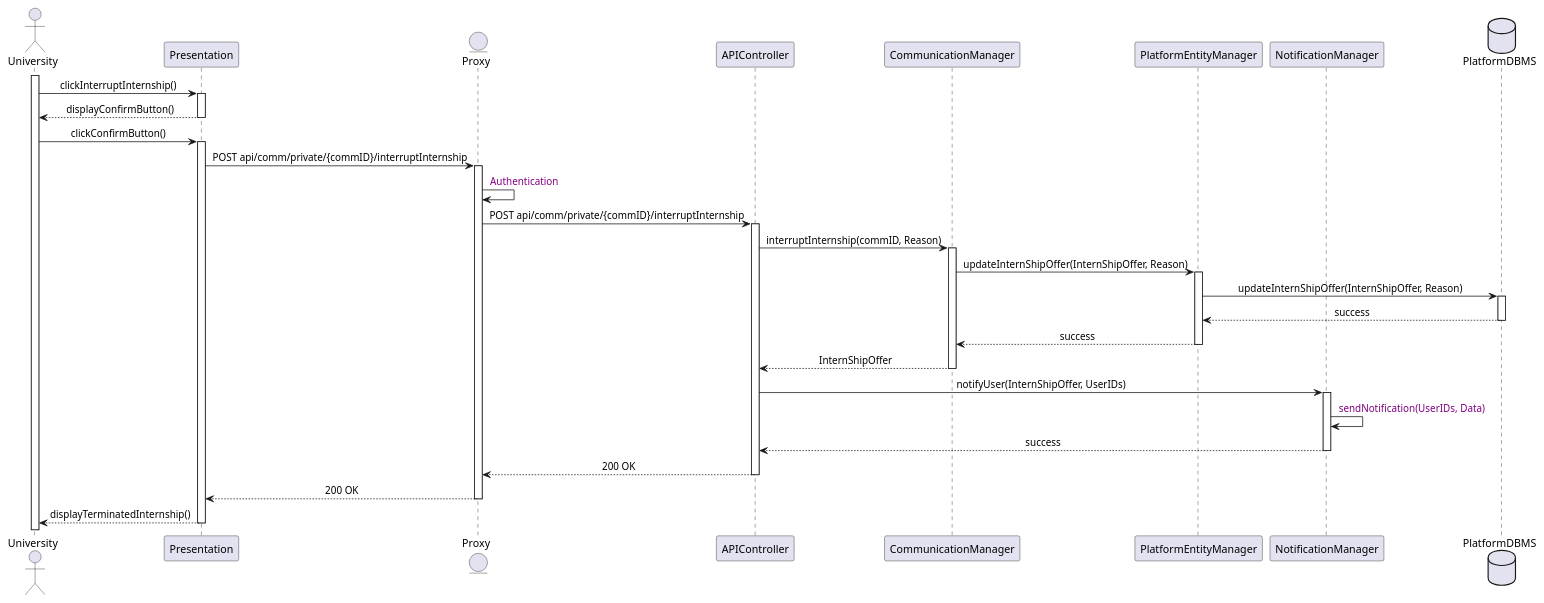
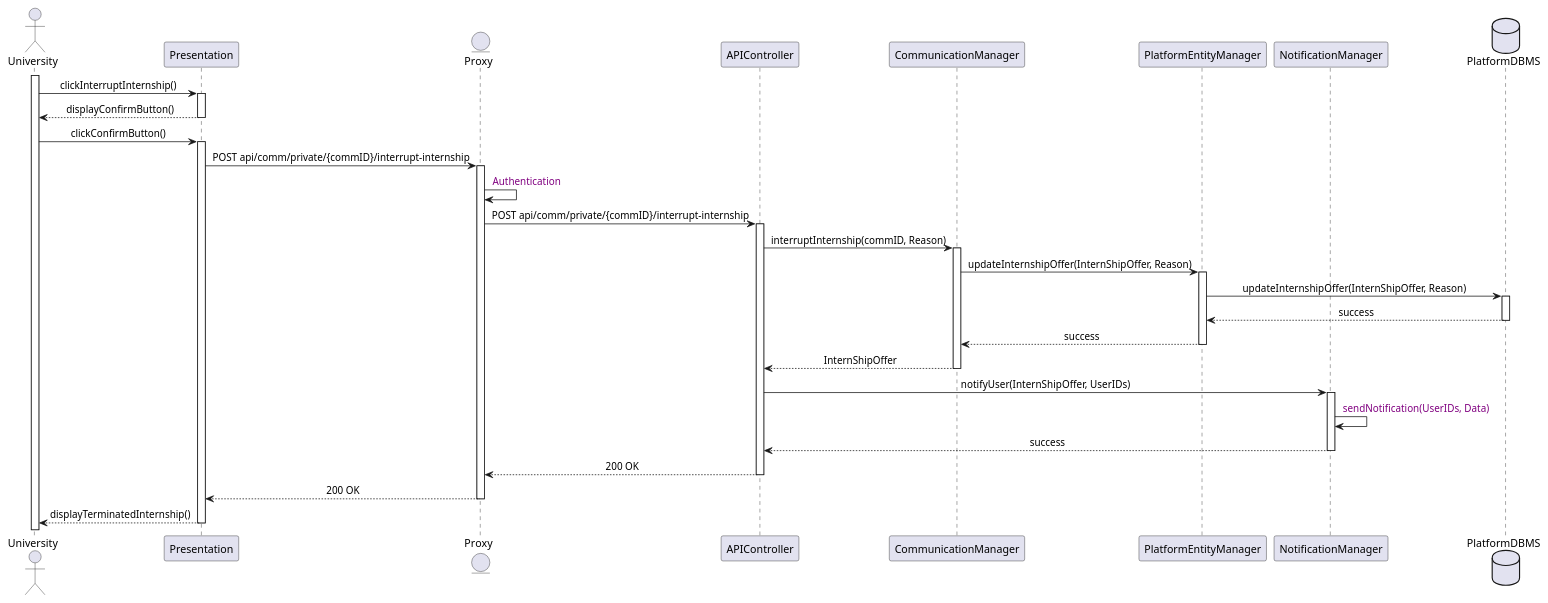
The diagram in Diagrams/SequenceDiagrams/DD/19UniversityInterruptsIntership.wsd (Slaitroc/RicciPaoliGrisoni), drawn with PlantUML before and after one commit.

Commit message:
Refactor 19UniversityInterruptsInternship.wsd SequenceDiagram

```diff
--- a/Diagrams/SequenceDiagrams/DD/19UniversityInterruptsIntership.wsd
+++ b/Diagrams/SequenceDiagrams/DD/19UniversityInterruptsIntership.wsd
@@ -1,49 +1,49 @@
 @startuml
 skinparam sequenceMessageAlign center
 
 actor       University
 participant  Presentation
 entity      Proxy
 participant APIController
 participant CommunicationManager
 participant PlatformEntityManager
 participant NotificationManager
 database    PlatformDBMS
 
 activate University
 University -> Presentation : clickInterruptInternship()
 activate Presentation
 Presentation --> University : displayConfirmButton()
 deactivate Presentation
 University -> Presentation : clickConfirmButton()
 activate Presentation
-Presentation -> Proxy : POST api/comm/private/{commID}/interruptInternship
+Presentation -> Proxy : POST api/comm/private/{commID}/interrupt-internship
 activate Proxy
 Proxy -> Proxy : <color:purple> Authentication
-Proxy -> APIController : POST api/comm/private/{commID}/interruptInternship
+Proxy -> APIController : POST api/comm/private/{commID}/interrupt-internship
 activate APIController
 APIController -> CommunicationManager : interruptInternship(commID, Reason)
 activate CommunicationManager
-CommunicationManager -> PlatformEntityManager : updateInternShipOffer(InternShipOffer, Reason)
+CommunicationManager -> PlatformEntityManager : updateInternshipOffer(InternShipOffer, Reason)
 activate PlatformEntityManager
-PlatformEntityManager -> PlatformDBMS : updateInternShipOffer(InternShipOffer, Reason)
+PlatformEntityManager -> PlatformDBMS : updateInternshipOffer(InternShipOffer, Reason)
 activate PlatformDBMS
 PlatformDBMS --> PlatformEntityManager : success
 deactivate PlatformDBMS
 PlatformEntityManager --> CommunicationManager : success
 deactivate PlatformEntityManager
 CommunicationManager --> APIController : InternShipOffer
 deactivate CommunicationManager
 APIController -> NotificationManager : notifyUser(InternShipOffer, UserIDs)
 activate NotificationManager
 NotificationManager -> NotificationManager : <color:purple> sendNotification(UserIDs, Data)
 NotificationManager --> APIController : success
 deactivate NotificationManager
 deactivate CommunicationManager
 APIController --> Proxy : 200 OK
 deactivate APIController
 Proxy --> Presentation : 200 OK
 deactivate Proxy
 Presentation --> University : displayTerminatedInternship()
 deactivate Presentation
 @enduml
```
